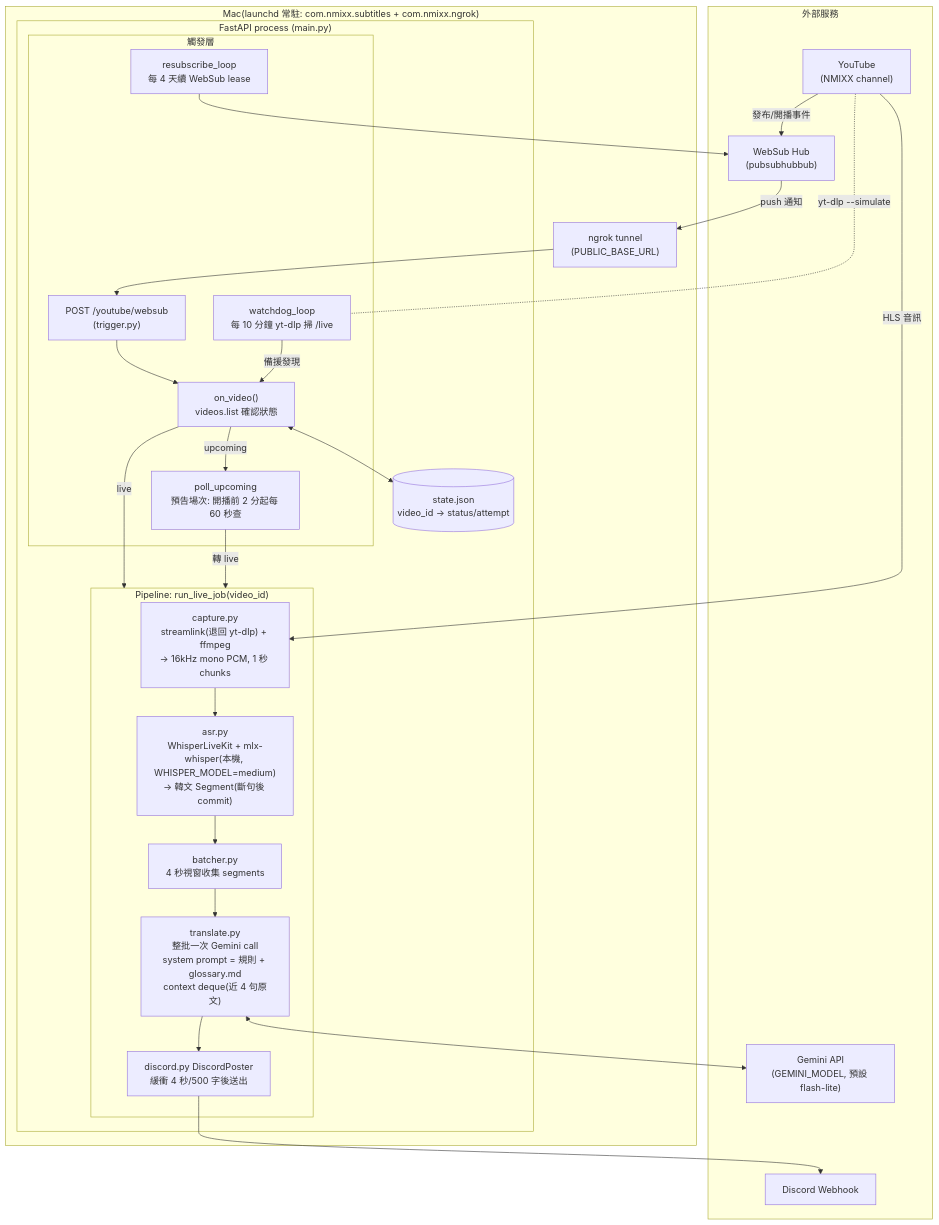
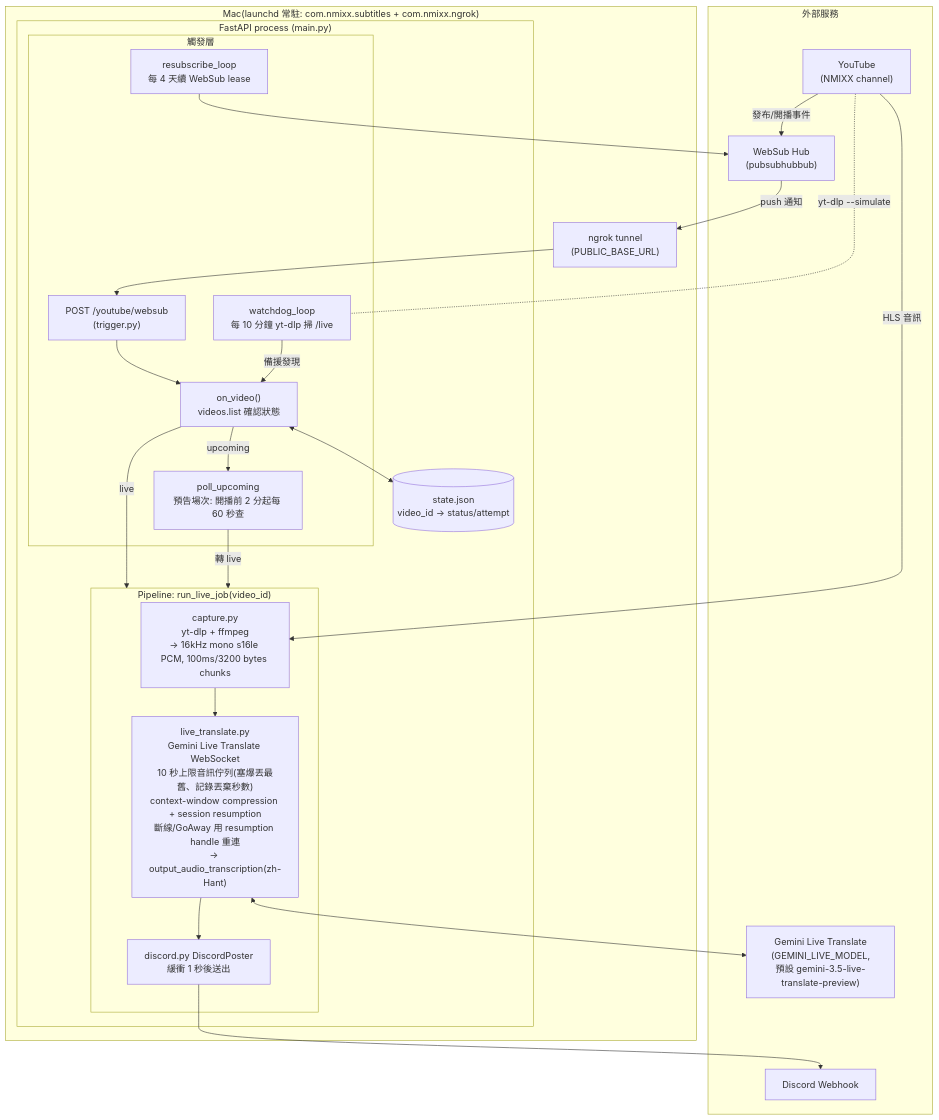
Before and after one commit to little-air-1019/nmixx-live-subtitles: the diagram in ARCHITECTURE.md, drawn with Mermaid. The commit also changed other lines of this file and 3 other files, not shown here.

````diff
--- a/ARCHITECTURE.md
+++ b/ARCHITECTURE.md
@@ -6,45 +6,43 @@
 ```mermaid
 flowchart TB
     subgraph EXT["外部服務"]
         YT["YouTube<br/>(NMIXX channel)"]
         HUB["WebSub Hub<br/>(pubsubhubbub)"]
-        GEMINI["Gemini API<br/>(GEMINI_MODEL, 預設 flash-lite)"]
+        GEMINI["Gemini Live Translate<br/>(GEMINI_LIVE_MODEL,<br/>預設 gemini-3.5-live-translate-preview)"]
         DC["Discord Webhook"]
     end
 
     subgraph MAC["Mac(launchd 常駐: com.nmixx.subtitles + com.nmixx.ngrok)"]
         NGROK["ngrok tunnel<br/>(PUBLIC_BASE_URL)"]
 
         subgraph APP["FastAPI process (main.py)"]
             subgraph TRIG["觸發層"]
                 WS["POST /youtube/websub<br/>(trigger.py)"]
                 WD["watchdog_loop<br/>每 10 分鐘 yt-dlp 掃 /live"]
                 RESUB["resubscribe_loop<br/>每 4 天續 WebSub lease"]
                 OV["on_video()<br/>videos.list 確認狀態"]
                 UP["poll_upcoming<br/>預告場次: 開播前 2 分起每 60 秒查"]
             end
 
             subgraph PIPE["Pipeline: run_live_job(video_id)"]
-                CAP["capture.py<br/>streamlink(退回 yt-dlp) + ffmpeg<br/>→ 16kHz mono PCM, 1 秒 chunks"]
-                ASR["asr.py<br/>WhisperLiveKit + mlx-whisper(本機, WHISPER_MODEL=medium)<br/>→ 韓文 Segment(斷句後 commit)"]
-                BAT["batcher.py<br/>4 秒視窗收集 segments"]
-                TR["translate.py<br/>整批一次 Gemini call<br/>system prompt = 規則 + glossary.md<br/>context deque(近 4 句原文)"]
-                POST["discord.py DiscordPoster<br/>緩衝 4 秒/500 字後送出"]
+                CAP["capture.py<br/>yt-dlp + ffmpeg<br/>→ 16kHz mono s16le PCM, 100ms/3200 bytes chunks"]
+                LIVE["live_translate.py<br/>Gemini Live Translate WebSocket<br/>10 秒上限音訊佇列(塞爆丟最舊、記錄丟棄秒數)<br/>context-window compression + session resumption<br/>斷線/GoAway 用 resumption handle 重連<br/>→ output_audio_transcription(zh-Hant)"]
+                POST["discord.py DiscordPoster<br/>緩衝 1 秒後送出"]
             end
 
             ST[("state.json<br/>video_id → status/attempt")]
         end
     end
 
     YT -- "發布/開播事件" --> HUB
     HUB -- "push 通知" --> NGROK --> WS
     WS --> OV
     WD -- "備援發現" --> OV
     YT -. "yt-dlp --simulate" .- WD
     OV -- "live" --> PIPE
     OV -- "upcoming" --> UP -- "轉 live" --> PIPE
     OV <--> ST
-    YT -- "HLS 音訊" --> CAP --> ASR --> BAT --> TR --> POST --> DC
-    TR <--> GEMINI
+    YT -- "HLS 音訊" --> CAP --> LIVE --> POST --> DC
+    LIVE <--> GEMINI
     RESUB --> HUB
 ```
````
